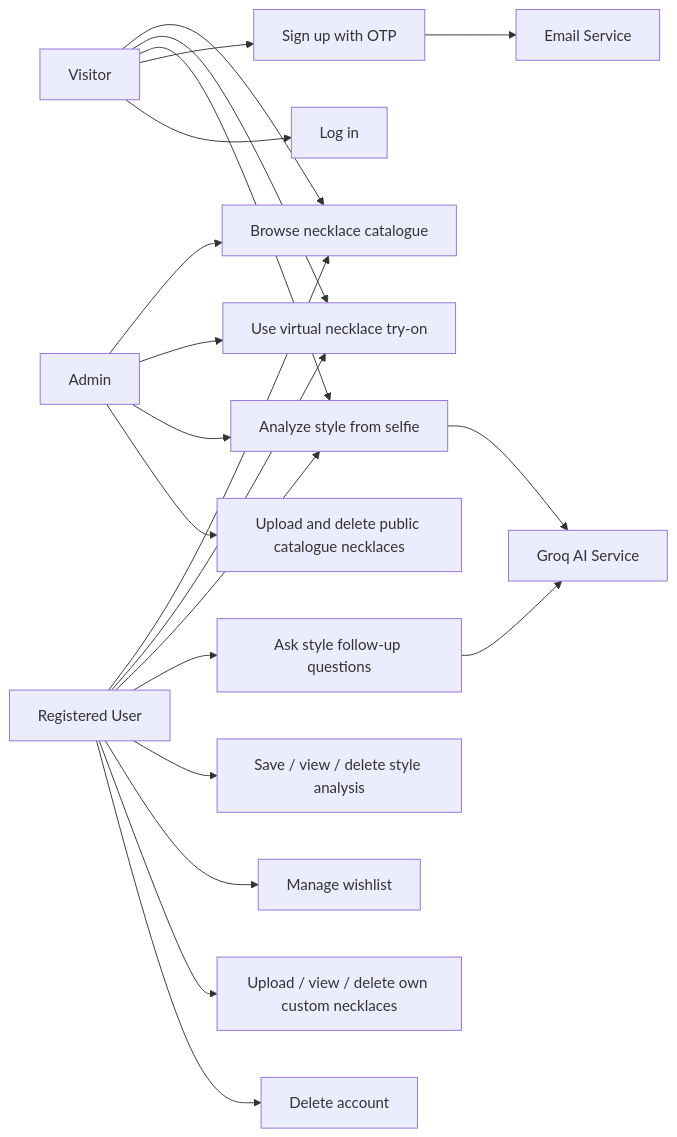
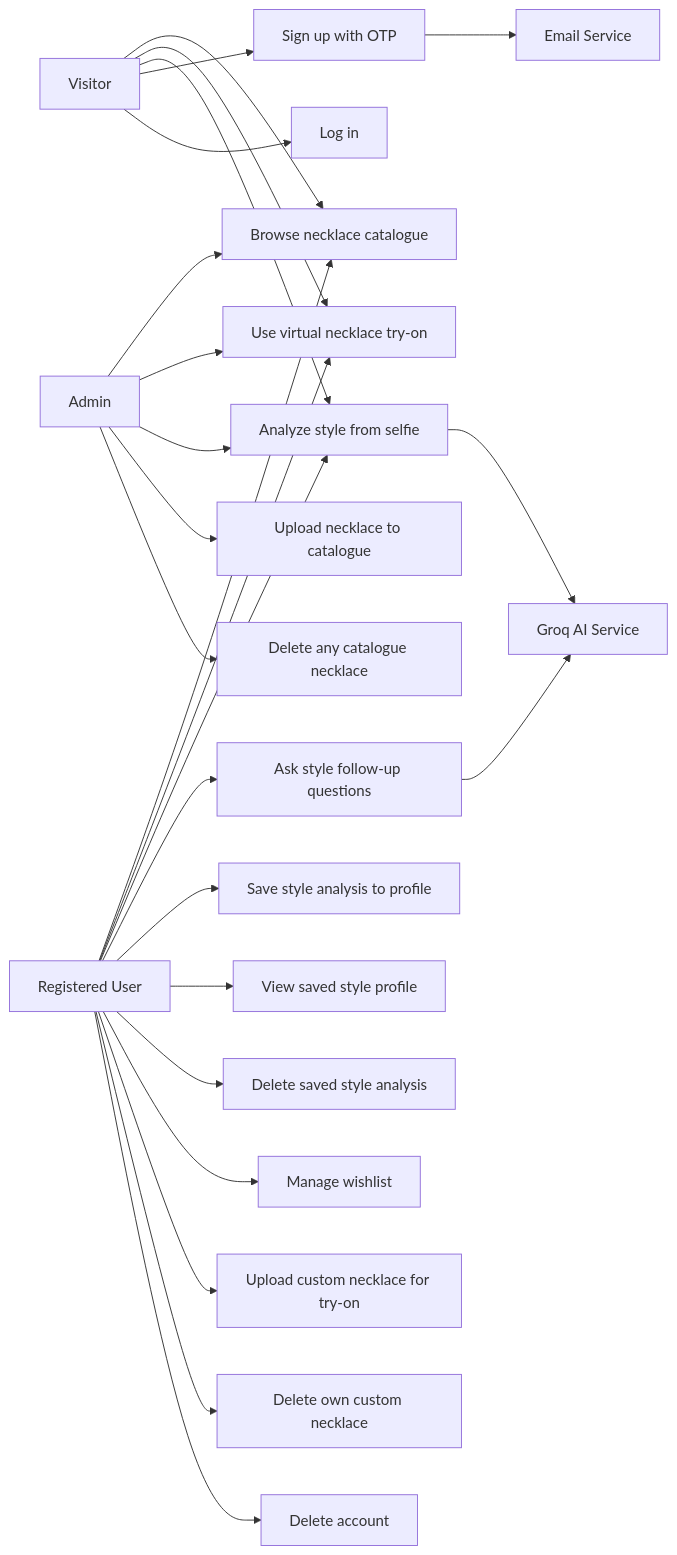
The first of 6 diagrams in docs/uml-diagrams.md (tiaoueiss/lumiere), drawn with Mermaid before and after one commit. The commit also changed other lines of this file, not shown here.

````diff
--- a/docs/uml-diagrams.md
+++ b/docs/uml-diagrams.md
@@ -7,33 +7,37 @@
 ```mermaid
 flowchart LR
   visitor["Visitor"]
   user["Registered User"]
   admin["Admin"]
   ai["Groq AI Service"]
   email["Email Service"]
 
   visitor --> browse["Browse necklace catalogue"]
   visitor --> tryon["Use virtual necklace try-on"]
   visitor --> analyze["Analyze style from selfie"]
   visitor --> signup["Sign up with OTP"]
   visitor --> login["Log in"]
 
   signup --> email
   analyze --> ai
 
   user --> browse
   user --> tryon
   user --> analyze
   user --> followup["Ask style follow-up questions"]
-  user --> saveAnalysis["Save / view / delete style analysis"]
+  user --> saveAnalysis["Save style analysis to profile"]
+  user --> viewProfile["View saved style profile"]
+  user --> deleteAnalysis["Delete saved style analysis"]
   user --> wishlist["Manage wishlist"]
-  user --> customUpload["Upload / view / delete own custom necklaces"]
+  user --> customUpload["Upload custom necklace for try-on"]
+  user --> deleteCustom["Delete own custom necklace"]
   user --> deleteAccount["Delete account"]
 
   followup --> ai
 
   admin --> browse
   admin --> tryon
   admin --> analyze
-  admin --> manageCatalogue["Upload and delete public catalogue necklaces"]
+  admin --> uploadCatalogue["Upload necklace to catalogue"]
+  admin --> deleteCatalogue["Delete any catalogue necklace"]
 ```
````
